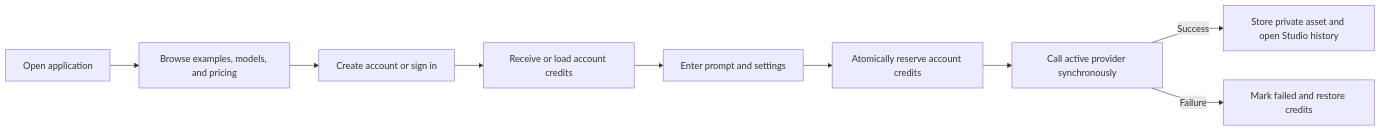
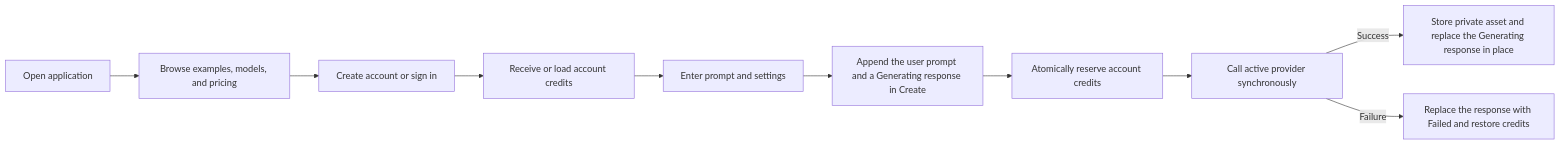
Before and after one commit to Tnsea/qwenimage3: the first of 2 diagrams in PRODUCT.md, drawn with Mermaid. The commit also changed other lines of this file and 11 other files, not shown here.

Commit message:
feat: keep generation history in Create

````diff
--- a/PRODUCT.md
+++ b/PRODUCT.md
@@ -120,11 +120,12 @@
 ```mermaid
 flowchart LR
   A[Open application] --> B[Browse examples, models, and pricing]
   B --> C[Create account or sign in]
   C --> D[Receive or load account credits]
   D --> E[Enter prompt and settings]
-  E --> F[Atomically reserve account credits]
+  E --> J[Append the user prompt and a Generating response in Create]
+  J --> F[Atomically reserve account credits]
   F --> G[Call active provider synchronously]
-  G -->|Success| H[Store private asset and open Studio history]
-  G -->|Failure| I[Mark failed and restore credits]
+  G -->|Success| H[Store private asset and replace the Generating response in place]
+  G -->|Failure| I[Replace the response with Failed and restore credits]
 ```
````
